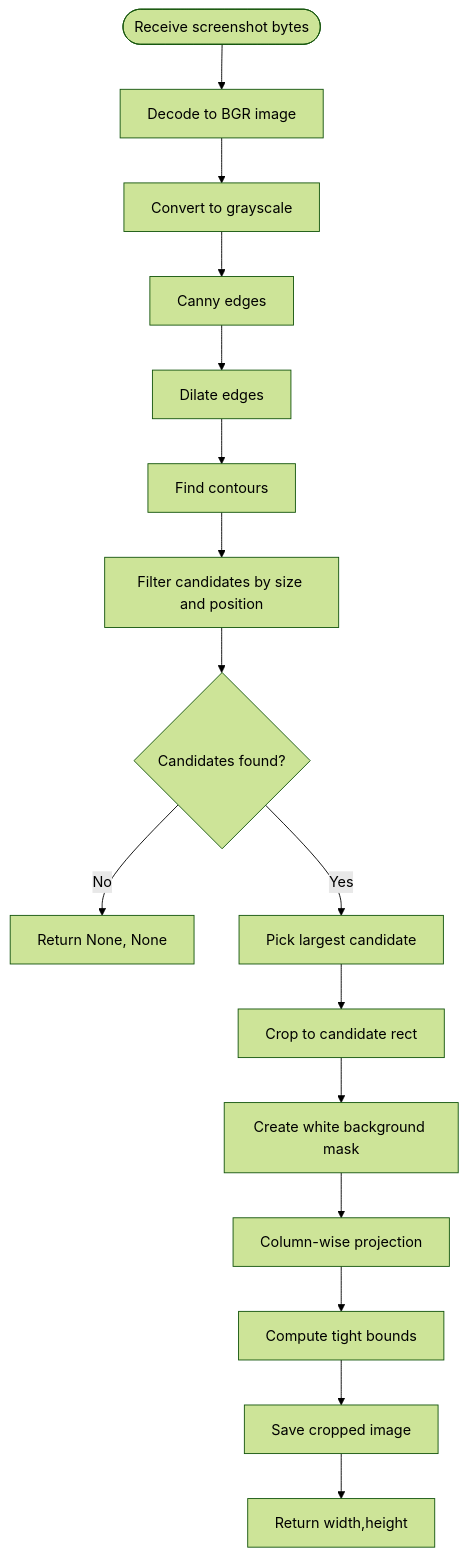
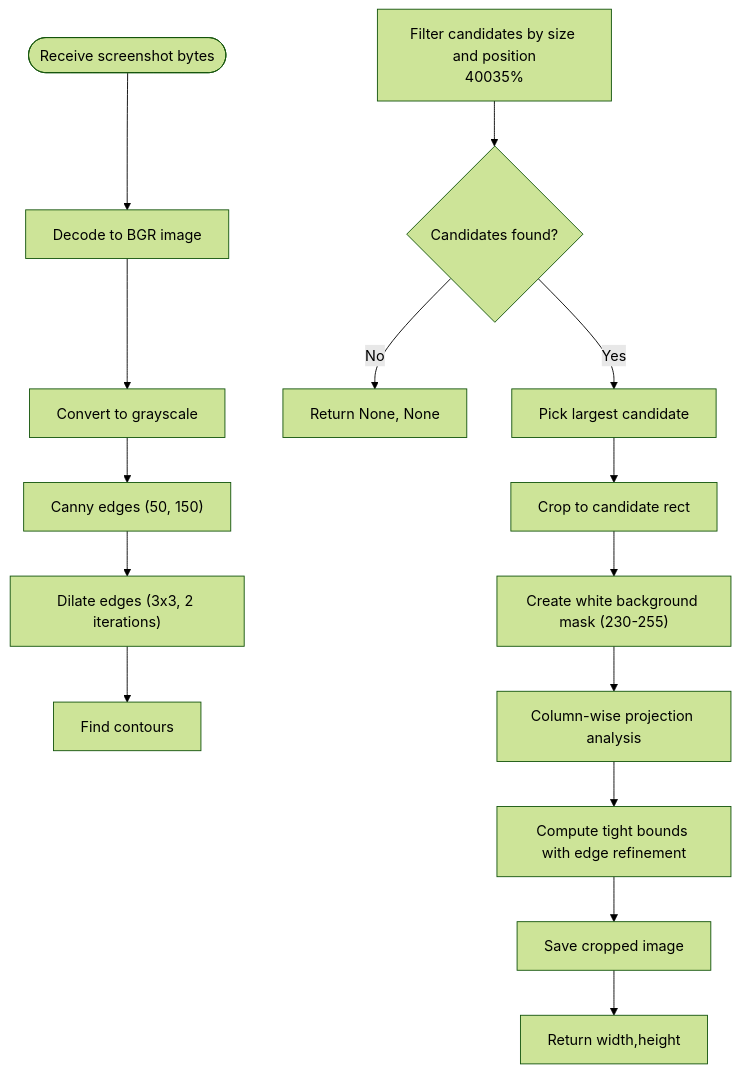
One commit to supotato-ipj/zxgk_auto_query-skill changed the sixth of 7 diagrams in .qoder/repowiki/en/content/Core Architecture/Data Processing Pipeline.md. Above: the diagram before and after it, drawn with Mermaid (forest theme). The commit also changed other lines of this file and 24 other files, not shown here.

````diff
--- a/.qoder/repowiki/en/content/Core Architecture/Data Processing Pipeline.md
+++ b/.qoder/repowiki/en/content/Core Architecture/Data Processing Pipeline.md
@@ -250,18 +314,17 @@
 ```mermaid
 flowchart TD
 Start(["Receive screenshot bytes"]) --> Decode["Decode to BGR image"]
 Decode --> Gray["Convert to grayscale"]
-Gray --> Edges["Canny edges"]
-Edges --> Dilate["Dilate edges"]
+Gray --> Edges["Canny edges (50, 150)"]
+Edges --> Dilate["Dilate edges (3x3, 2 iterations)"]
 Dilate --> Contours["Find contours"]
-Contours --> Filter["Filter candidates by size and position"]
-Filter --> Candidate{"Candidates found?"}
-Candidate --> |No| Fallback["Return None, None"]
-Candidate --> |Yes| Largest["Pick largest candidate"]
+ContourFilter["Filter candidates by size and position<br/>400<w<1400, 150<h<500, y>35%"] --> Candidates{"Candidates found?"}
+Candidates --> |No| Fallback["Return None, None"]
+Candidates --> |Yes| Largest["Pick largest candidate"]
 Largest --> Crop["Crop to candidate rect"]
-Crop --> White["Create white background mask"]
-White --> Proj["Column-wise projection"]
-Proj --> Bound["Compute tight bounds"]
+Crop --> White["Create white background mask (230-255)"]
+White --> Proj["Column-wise projection analysis"]
+Proj --> Bound["Compute tight bounds with edge refinement"]
 Bound --> Save["Save cropped image"]
 Save --> Return["Return width,height"]
 ```
````
